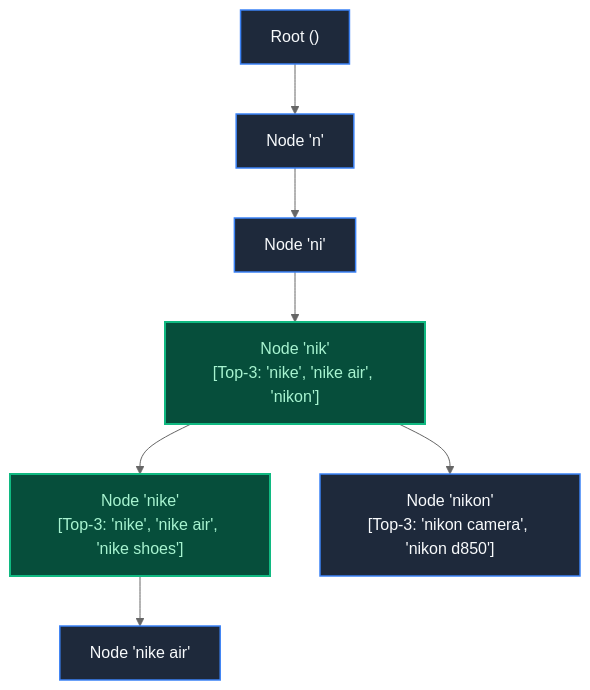
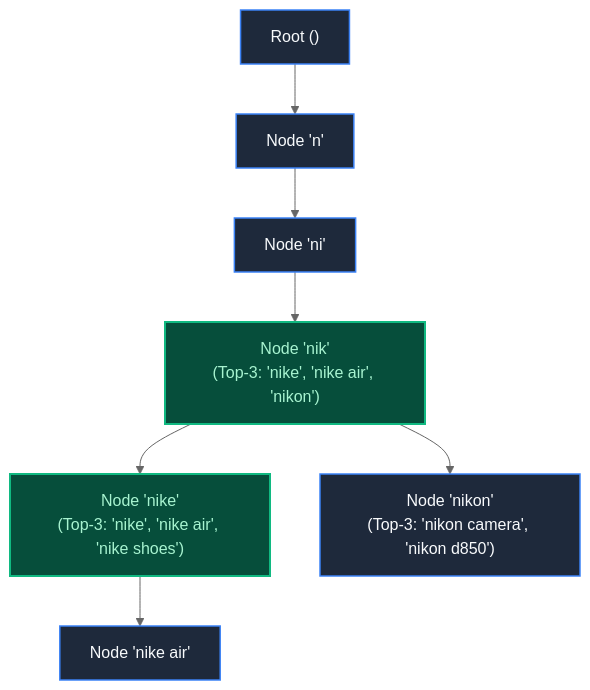
Before and after one commit to Priyeshnd555/systems-beyond-the-code: the second of 5 diagrams in book/part-03-time-space-asynchrony/chapter-21-system-distributed-search-autocomplete.md, drawn with Mermaid (neutral theme). The commit also changed other lines of this file and 33 other files, not shown here.

Commit message:
feat: add dynamic mermaid diagram sanitization and update chart syntax across book chapters

````diff
--- a/book/part-03-time-space-asynchrony/chapter-21-system-distributed-search-autocomplete.md
+++ b/book/part-03-time-space-asynchrony/chapter-21-system-distributed-search-autocomplete.md
@@ -42,15 +42,15 @@
 ```mermaid
 graph TD
     Root["Root ()"] --> N["Node 'n'"]
     N --> NI["Node 'ni'"]
-    NI --> NIK["Node 'nik'\n[Top-3: 'nike', 'nike air', 'nikon']"]
+    NI --> NIK["Node 'nik'\n(Top-3: 'nike', 'nike air', 'nikon')"]
     
-    NIK --> NIKE["Node 'nike'\n[Top-3: 'nike', 'nike air', 'nike shoes']"]
-    NIK --> NIKON["Node 'nikon'\n[Top-3: 'nikon camera', 'nikon d850']"]
+    NIK --> NIKE["Node 'nike'\n(Top-3: 'nike', 'nike air', 'nike shoes')"]
+    NIK --> NIKON["Node 'nikon'\n(Top-3: 'nikon camera', 'nikon d850')"]
     
     NIKE --> AIR["Node 'nike air'"]
 
     classDef default fill:#1e293b,stroke:#3b82f6,stroke-width:1.5px,color:#f8fafc;
     classDef topk fill:#064e3b,stroke:#10b981,stroke-width:2px,color:#a7f3d0;
     class NIK,NIKE topk;
 ```
````
